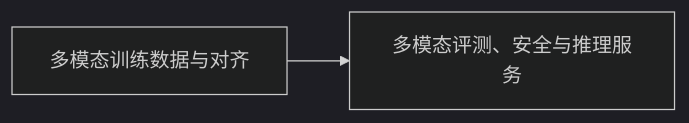
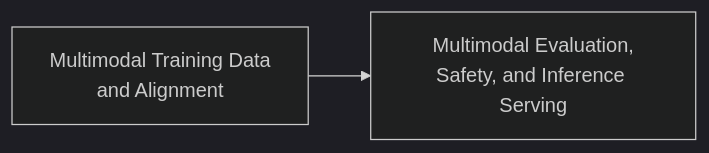
The diagram in docs/multimodal/05-data-training-evaluation/README.md (oneleaveknowsthefall/awesome-ai-roadmap), drawn with Mermaid (dark theme) before and after one commit. The commit also changed other lines of this file and 92 other files, not shown here.

````diff
--- a/docs/multimodal/05-data-training-evaluation/README.md
+++ b/docs/multimodal/05-data-training-evaluation/README.md
@@ -16,4 +16,4 @@
 ```mermaid
 flowchart LR
-    D[多模态训练数据与对齐] --> E[多模态评测、安全与推理服务]
+    D[Multimodal Training Data<br/>and Alignment] --> E[Multimodal Evaluation,<br/>Safety, and Inference Serving]
 ```
````
